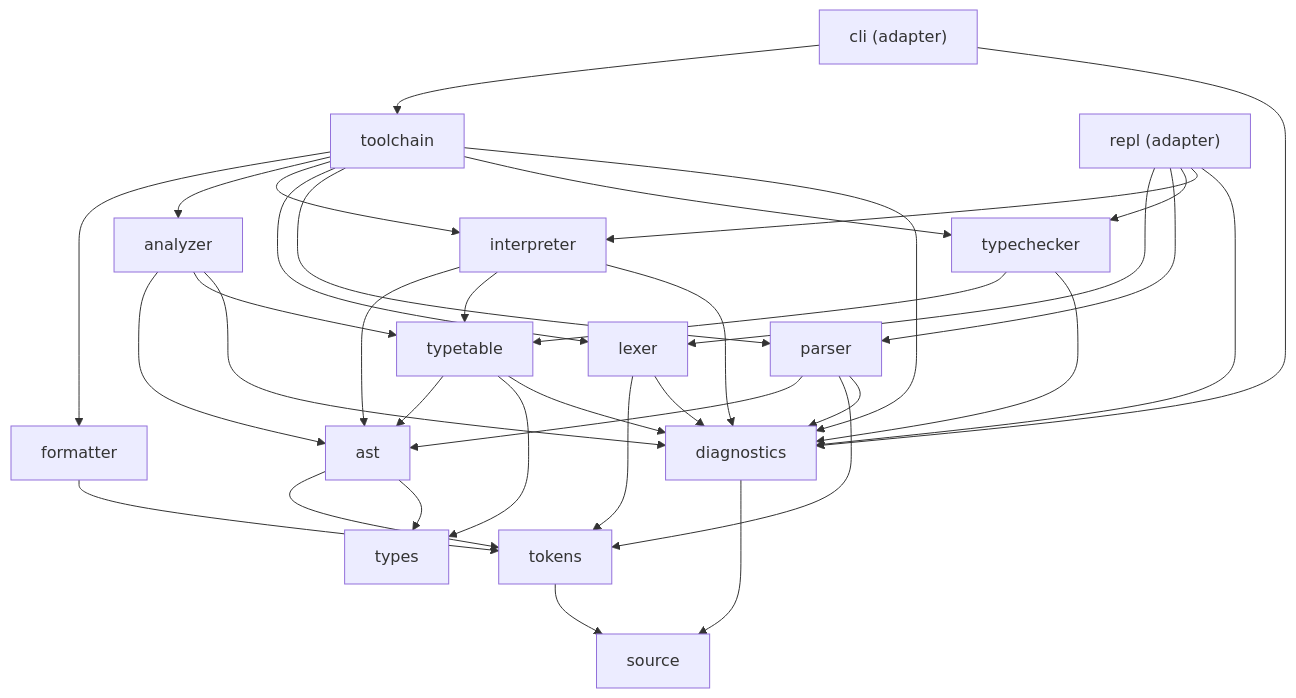
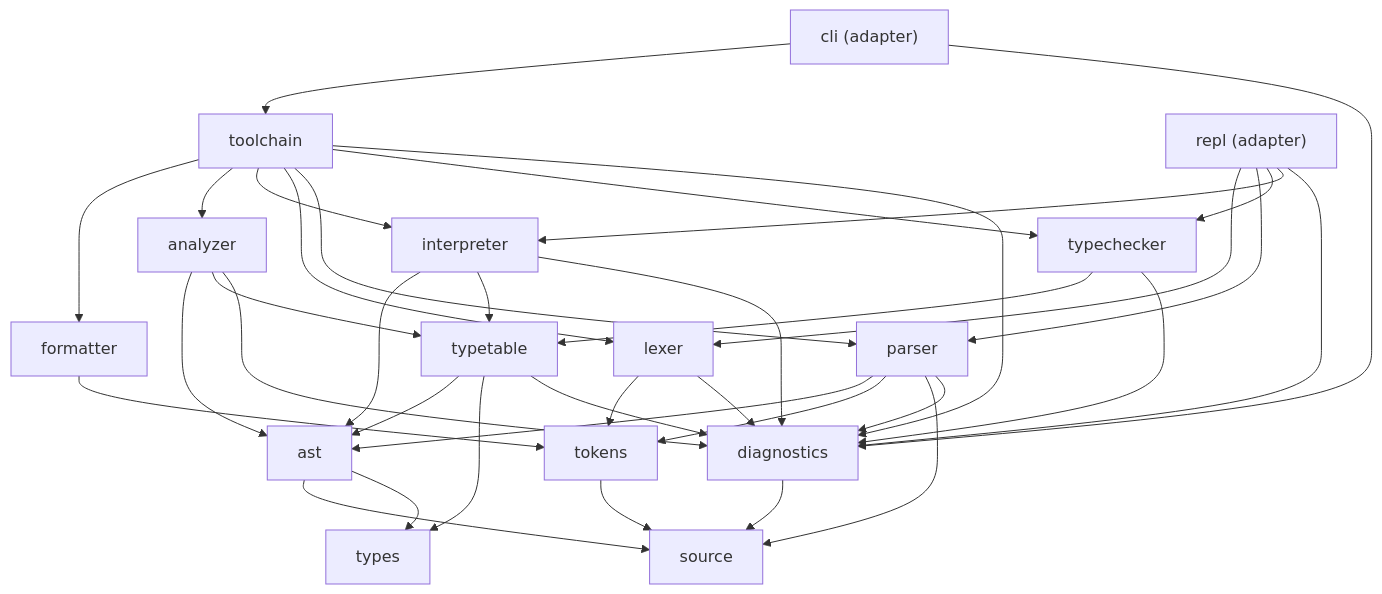
One commit to GarroteSantiago/printscript changed the first of 3 diagrams in docs/architecture.md. Above: the diagram before and after it, drawn with Mermaid. The commit also changed other lines of this file and 36 other files, not shown here.

First line of the commit message:
refactor(ast): make the AST pure language meaning, without lexer tokens

````diff
--- a/docs/architecture.md
+++ b/docs/architecture.md
@@ -50,38 +50,39 @@
 ```mermaid
 graph TD
     cli["cli (adapter)"] --> toolchain
     cli --> diagnostics
     repl["repl (adapter)"] --> lexer
     repl --> parser
     repl --> typechecker
     repl --> interpreter
     toolchain --> formatter
     toolchain --> analyzer
     toolchain --> interpreter
     toolchain --> lexer
     toolchain --> parser
     toolchain --> typechecker
     interpreter --> ast
     interpreter --> typetable
     formatter --> tokens
     analyzer --> ast
     analyzer --> typetable
     typechecker --> typetable
     typetable --> ast
     typetable --> types
     parser --> ast
     parser --> tokens
-    ast --> tokens
+    ast --> source
+    parser --> source
     ast --> types
     lexer --> tokens
     tokens --> source
     diagnostics --> source
     lexer --> diagnostics
     parser --> diagnostics
     typetable --> diagnostics
     typechecker --> diagnostics
     interpreter --> diagnostics
     analyzer --> diagnostics
     toolchain --> diagnostics
     repl --> diagnostics
 ```
````
